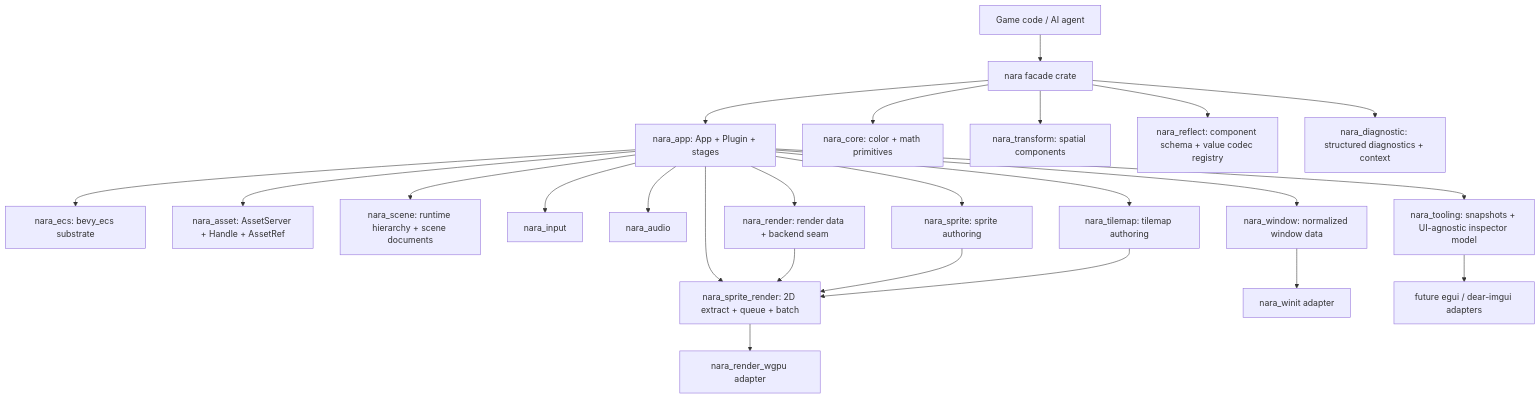
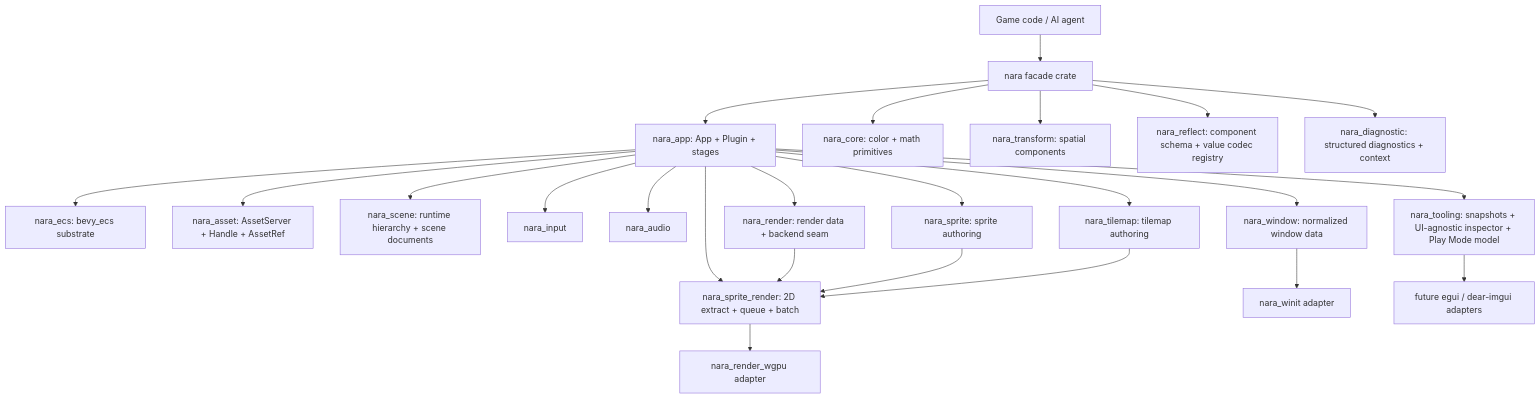
Before and after one commit to Latias94/nara: the first of 2 diagrams in docs/architecture/nara-foundation.md, drawn with Mermaid. The commit also changed other lines of this file and 15 other files, not shown here.

Commit message:
feat(tooling): add editor play mode core

````diff
--- a/docs/architecture/nara-foundation.md
+++ b/docs/architecture/nara-foundation.md
@@ -37,26 +37,26 @@
 ```mermaid
 flowchart TD
     User[Game code / AI agent] --> Facade[nara facade crate]
     Facade --> App[nara_app: App + Plugin + stages]
     App --> ECS[nara_ecs: bevy_ecs substrate]
     Facade --> Core[nara_core: color + math primitives]
     Facade --> Transform[nara_transform: spatial components]
     Facade --> Reflect[nara_reflect: component schema + value codec registry]
     Facade --> Diagnostic[nara_diagnostic: structured diagnostics + context]
     App --> Asset[nara_asset: AssetServer + Handle + AssetRef]
     App --> Scene[nara_scene: runtime hierarchy + scene documents]
     App --> Input[nara_input]
     App --> Audio[nara_audio]
     App --> Render[nara_render: render data + backend seam]
     App --> Sprite[nara_sprite: sprite authoring]
     App --> Tilemap[nara_tilemap: tilemap authoring]
     App --> SpriteRender[nara_sprite_render: 2D extract + queue + batch]
     App --> Window[nara_window: normalized window data]
     Window --> WinitAdapter[nara_winit adapter]
-    App --> Tooling[nara_tooling: snapshots + UI-agnostic inspector model]
+    App --> Tooling[nara_tooling: snapshots + UI-agnostic inspector + Play Mode model]
     Render --> SpriteRender
     Sprite --> SpriteRender
     Tilemap --> SpriteRender
     SpriteRender --> WgpuAdapter[nara_render_wgpu adapter]
     Tooling --> DebugUi[future egui / dear-imgui adapters]
 ```
````
